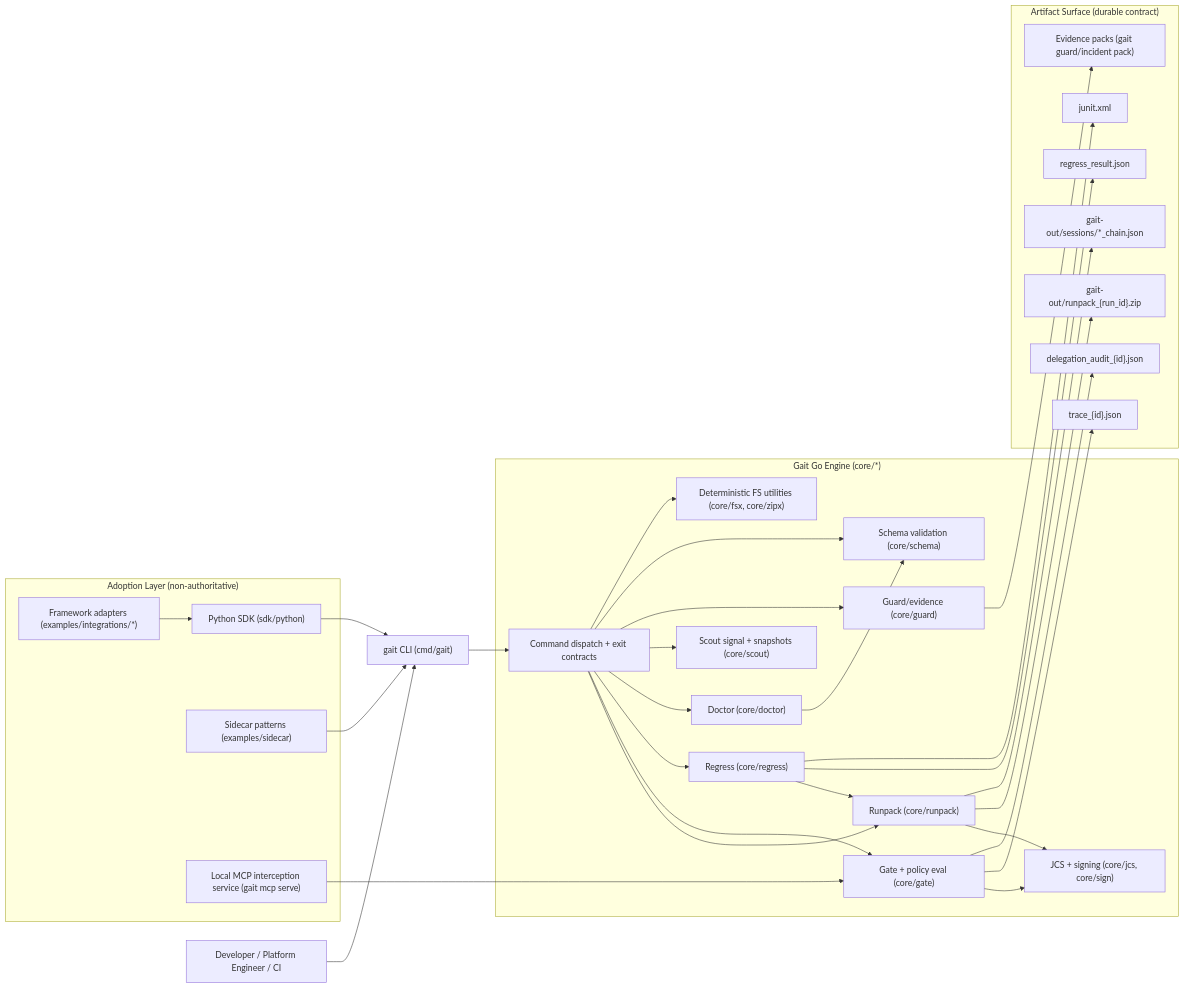
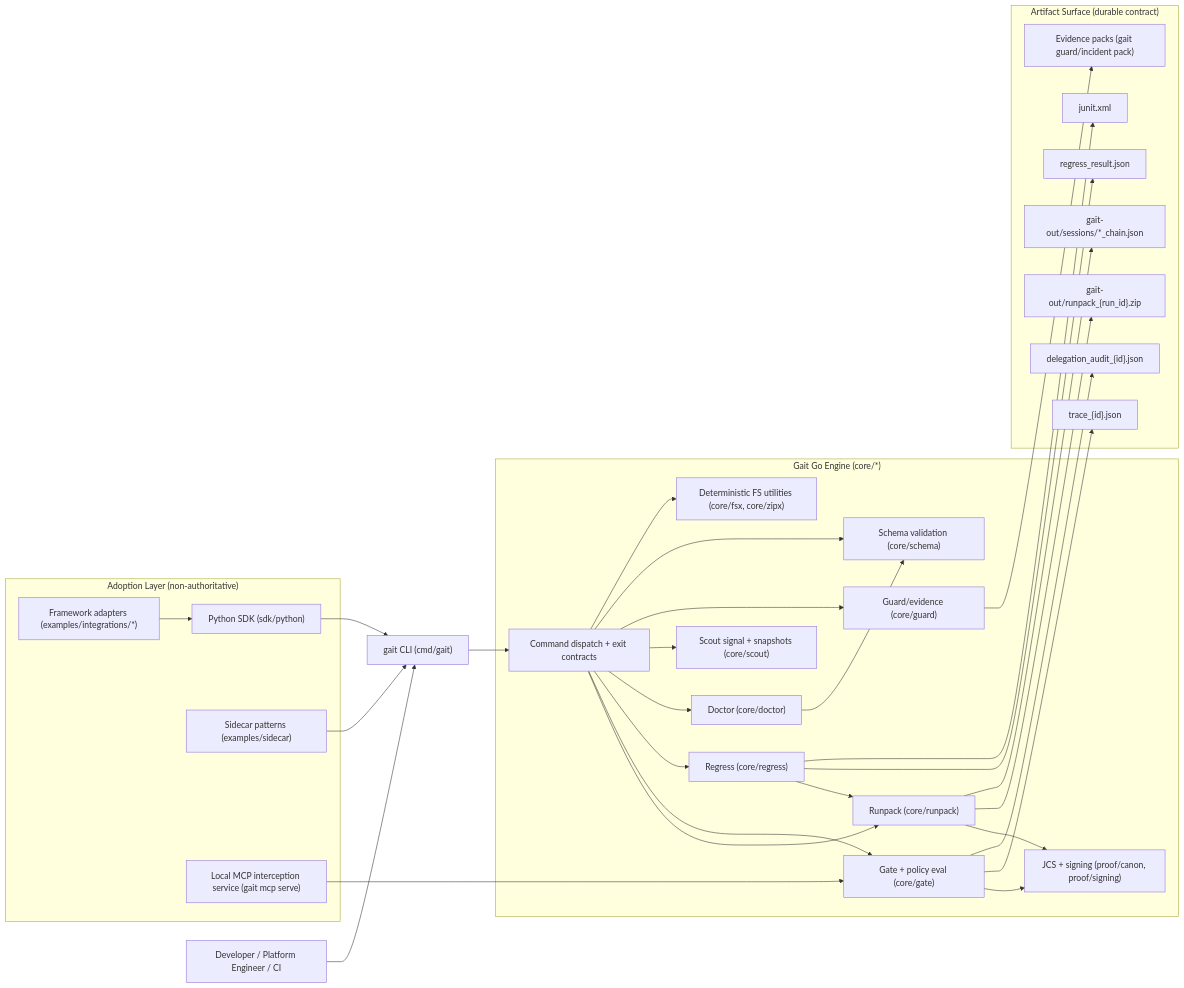
One commit to davidahmann/gait changed the second of 2 diagrams in docs/architecture.md. Above: the diagram before and after it, drawn with Mermaid. The commit also changed 88 other files, not shown here.

````diff
--- a/docs/architecture.md
+++ b/docs/architecture.md
@@ -54,61 +54,61 @@
 ```mermaid
 flowchart LR
     operator["Developer / Platform Engineer / CI"] --> cli["gait CLI (cmd/gait)"]
 
     subgraph core["Gait Go Engine (core/*)"]
         dispatch["Command dispatch + exit contracts"]
         runpackc["Runpack (core/runpack)"]
         gate["Gate + policy eval (core/gate)"]
         regressc["Regress (core/regress)"]
         doctor["Doctor (core/doctor)"]
         scout["Scout signal + snapshots (core/scout)"]
         guard["Guard/evidence (core/guard)"]
-        sign["JCS + signing (core/jcs, core/sign)"]
+        sign["JCS + signing (proof/canon, proof/signing)"]
         schema["Schema validation (core/schema)"]
         fsx["Deterministic FS utilities (core/fsx, core/zipx)"]
     end
 
     cli --> dispatch
     dispatch --> runpackc
     dispatch --> gate
     dispatch --> regressc
     dispatch --> doctor
     dispatch --> scout
     dispatch --> guard
     runpackc --> sign
     gate --> sign
     regressc --> runpackc
     doctor --> schema
     dispatch --> schema
     dispatch --> fsx
 
     subgraph adapters["Adoption Layer (non-authoritative)"]
         py["Python SDK (sdk/python)"]
         sidecar["Sidecar patterns (examples/sidecar)"]
         framework["Framework adapters (examples/integrations/*)"]
         mcpserve["Local MCP interception service (gait mcp serve)"]
     end
 
     py --> cli
     sidecar --> cli
     framework --> py
     mcpserve --> gate
 
     subgraph artifacts["Artifact Surface (durable contract)"]
         runpackZip["gait-out/runpack_{run_id}.zip"]
         sessionChain["gait-out/sessions/*_chain.json"]
         traceJson["trace_{id}.json"]
         delegationAudit["delegation_audit_{id}.json"]
         regressJson["regress_result.json"]
         junitXml["junit.xml"]
         evidenceZip["Evidence packs (gait guard/incident pack)"]
     end
 
     runpackc --> runpackZip
     runpackc --> sessionChain
     gate --> traceJson
     gate --> delegationAudit
     regressc --> regressJson
     regressc --> junitXml
     guard --> evidenceZip
 ```
````
